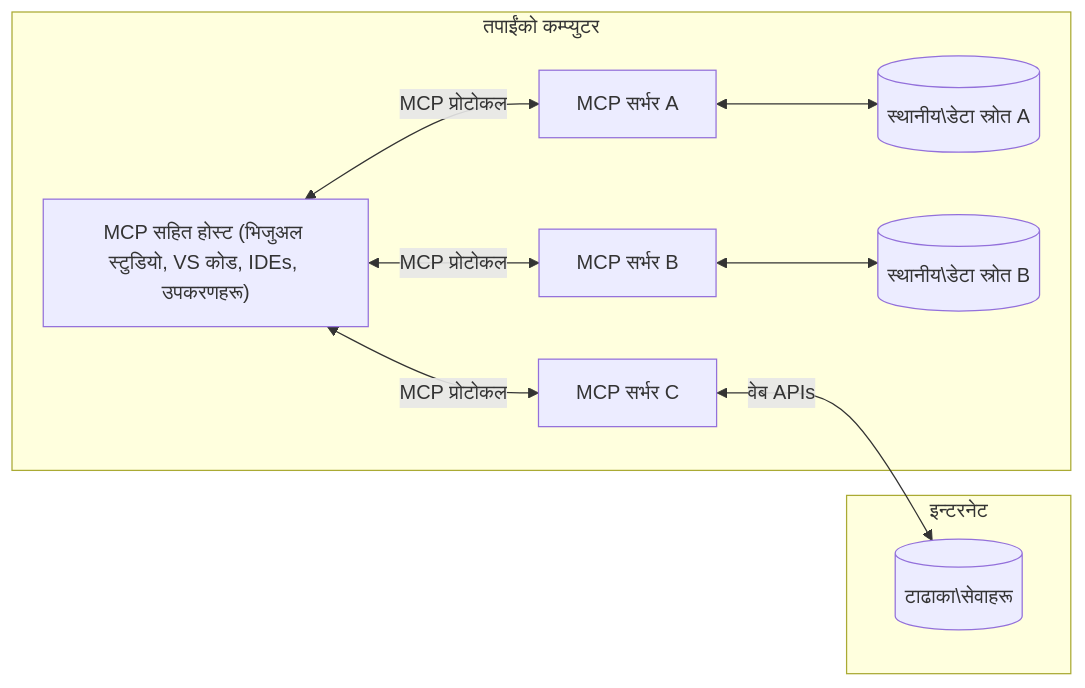
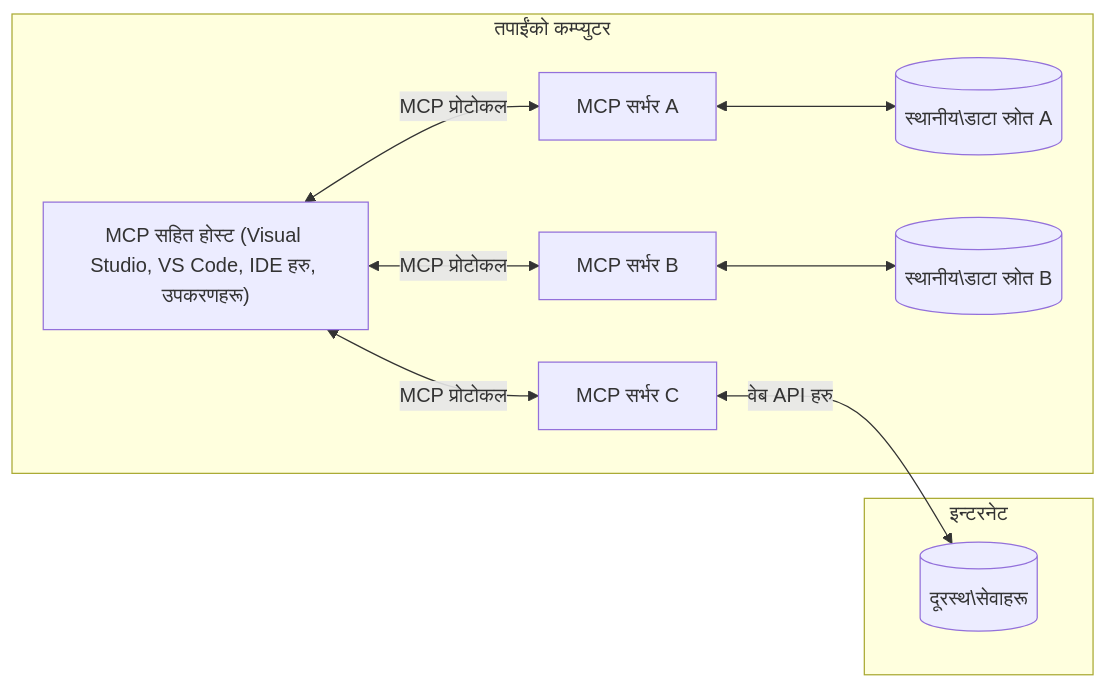
Before and after one commit to HIDORAKAI002/ai-workspace-archive: the diagram in mcp_ecosystem__model_context_protocol/mcp_learning_resources/mcp-for-beginners/translations/ne/01-CoreConcepts/README.md, drawn with Mermaid. The commit also changed other lines of this file and 1046 other files, not shown here.

````diff
--- a/mcp_ecosystem__model_context_protocol/mcp_learning_resources/mcp-for-beginners/translations/ne/01-CoreConcepts/README.md
+++ b/mcp_ecosystem__model_context_protocol/mcp_learning_resources/mcp-for-beginners/translations/ne/01-CoreConcepts/README.md
@@ -45,17 +45,17 @@
 ```mermaid
 flowchart LR
     subgraph "तपाईंको कम्प्युटर"
-        Host["MCP सहित होस्ट (भिजुअल स्टुडियो, VS कोड, IDEs, उपकरणहरू)"]
+        Host["MCP सहित होस्ट (Visual Studio, VS Code, IDE हरु, उपकरणहरू)"]
         S1["MCP सर्भर A"]
         S2["MCP सर्भर B"]
         S3["MCP सर्भर C"]
         Host <-->|"MCP प्रोटोकल"| S1
         Host <-->|"MCP प्रोटोकल"| S2
         Host <-->|"MCP प्रोटोकल"| S3
-        S1 <--> D1[("स्थानीय\डेटा स्रोत A")]
-        S2 <--> D2[("स्थानीय\डेटा स्रोत B")]
+        S1 <--> D1[("स्थानीय\डाटा स्रोत A")]
+        S2 <--> D2[("स्थानीय\डाटा स्रोत B")]
     end
     subgraph "इन्टरनेट"
-        S3 <-->|"वेब APIs"| D3[("टाढाका\सेवाहरू")]
+        S3 <-->|"वेब API हरु"| D3[("दूरस्थ\सेवाहरू")]
     end
 ```
````
